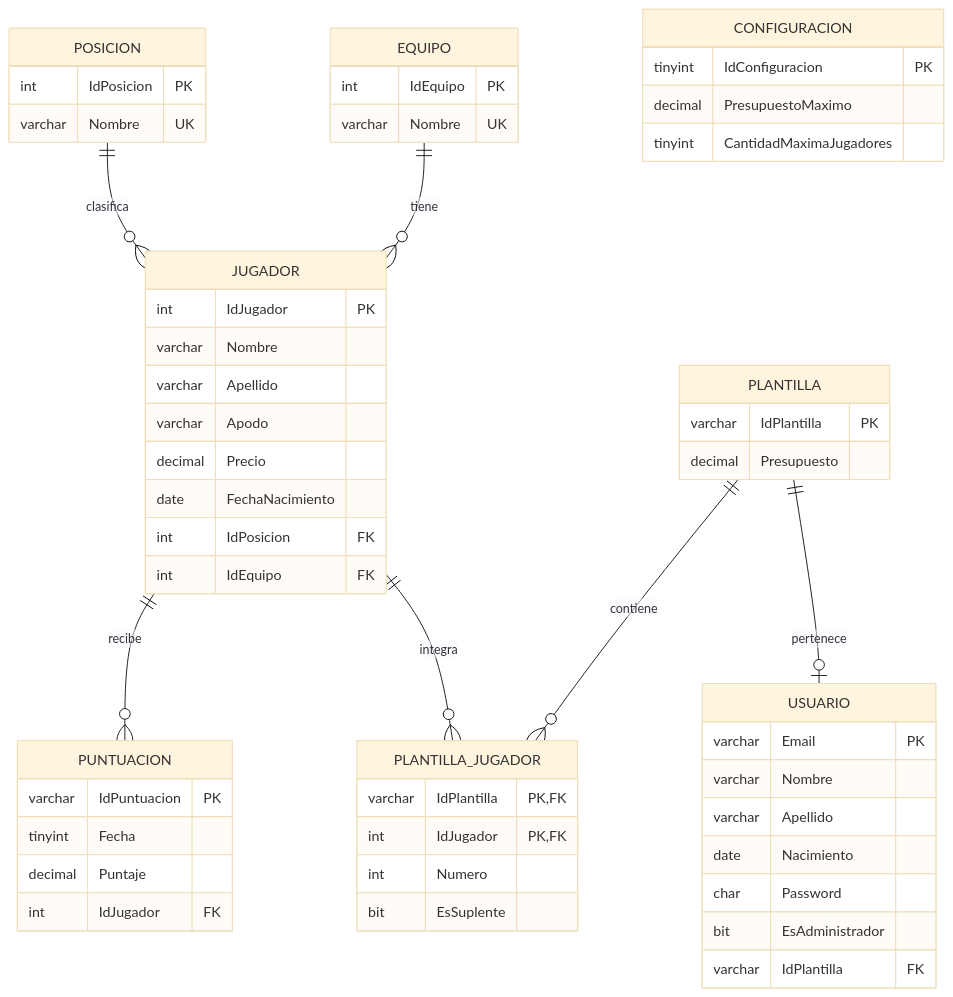
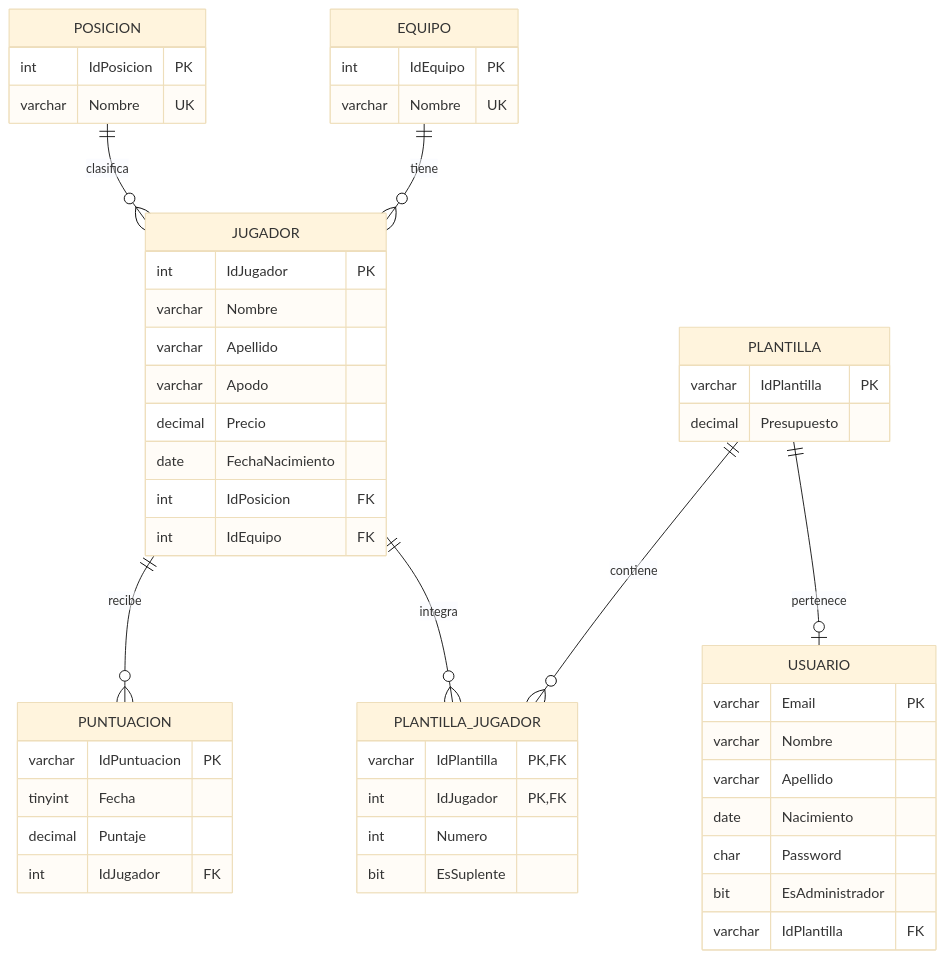
The diagram in doc/DER.md (solarflare1xd/GranDT_Clases), drawn with Mermaid (base theme) before and after one commit. The commit also changed other lines of this file and 19 other files, not shown here.

````diff
--- a/doc/DER.md
+++ b/doc/DER.md
@@ -3,58 +3,53 @@
 ```mermaid
 erDiagram
     EQUIPO ||--o{ JUGADOR : tiene
     POSICION ||--o{ JUGADOR : clasifica
     PLANTILLA ||--o| USUARIO : pertenece
     PLANTILLA ||--o{ PLANTILLA_JUGADOR : contiene
     JUGADOR ||--o{ PLANTILLA_JUGADOR : integra
     JUGADOR ||--o{ PUNTUACION : recibe
 
     EQUIPO {
         int IdEquipo PK
         varchar Nombre UK
     }
     POSICION {
         int IdPosicion PK
         varchar Nombre UK
     }
     JUGADOR {
         int IdJugador PK
         varchar Nombre
         varchar Apellido
         varchar Apodo
         decimal Precio
         date FechaNacimiento
         int IdPosicion FK
         int IdEquipo FK
     }
     PLANTILLA {
         varchar IdPlantilla PK
         decimal Presupuesto
     }
     USUARIO {
         varchar Email PK
         varchar Nombre
         varchar Apellido
         date Nacimiento
         char Password
         bit EsAdministrador
         varchar IdPlantilla FK
     }
     PLANTILLA_JUGADOR {
         varchar IdPlantilla PK, FK
         int IdJugador PK, FK
         int Numero
         bit EsSuplente
     }
     PUNTUACION {
         varchar IdPuntuacion PK
         tinyint Fecha
         decimal Puntaje
         int IdJugador FK
     }
-    CONFIGURACION {
-        tinyint IdConfiguracion PK
-        decimal PresupuestoMaximo
-        tinyint CantidadMaximaJugadores
-    }
 ```
````
